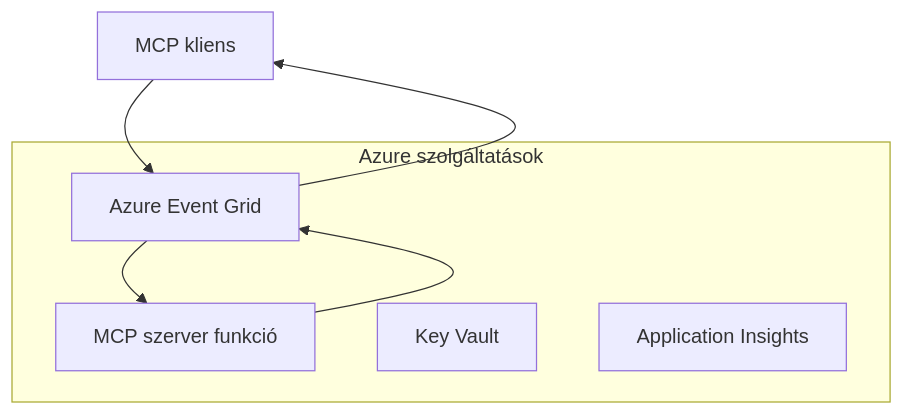
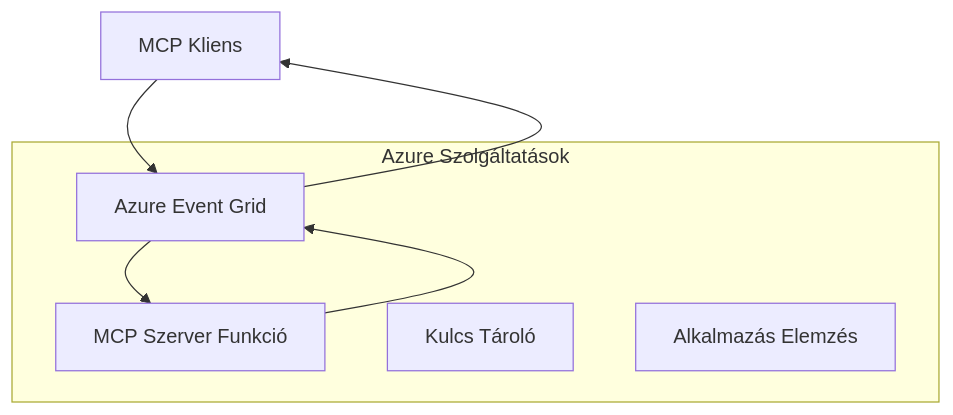
The first of 2 diagrams in mcp_ecosystem__model_context_protocol/mcp_learning_resources/mcp-for-beginners/translations/hu/05-AdvancedTopics/mcp-transport/README.md (HIDORAKAI002/ai-workspace-archive), drawn with Mermaid before and after one commit. The commit also changed other lines of this file and 1539 other files, not shown here.

````diff
--- a/mcp_ecosystem__model_context_protocol/mcp_learning_resources/mcp-for-beginners/translations/hu/05-AdvancedTopics/mcp-transport/README.md
+++ b/mcp_ecosystem__model_context_protocol/mcp_learning_resources/mcp-for-beginners/translations/hu/05-AdvancedTopics/mcp-transport/README.md
@@ -58,14 +58,14 @@
 ```mermaid
 graph TB
-    Client[MCP kliens] --> EG[Azure Event Grid]
-    EG --> Server[MCP szerver funkció]
+    Client[MCP Kliens] --> EG[Azure Event Grid]
+    EG --> Server[MCP Szerver Funkció]
     Server --> EG
     EG --> Client
     
-    subgraph "Azure szolgáltatások"
+    subgraph "Azure Szolgáltatások"
         EG
         Server
-        KV[Key Vault]
-        Monitor[Application Insights]
+        KV[Kulcs Tároló]
+        Monitor[Alkalmazás Elemzés]
     end
 ```
````
